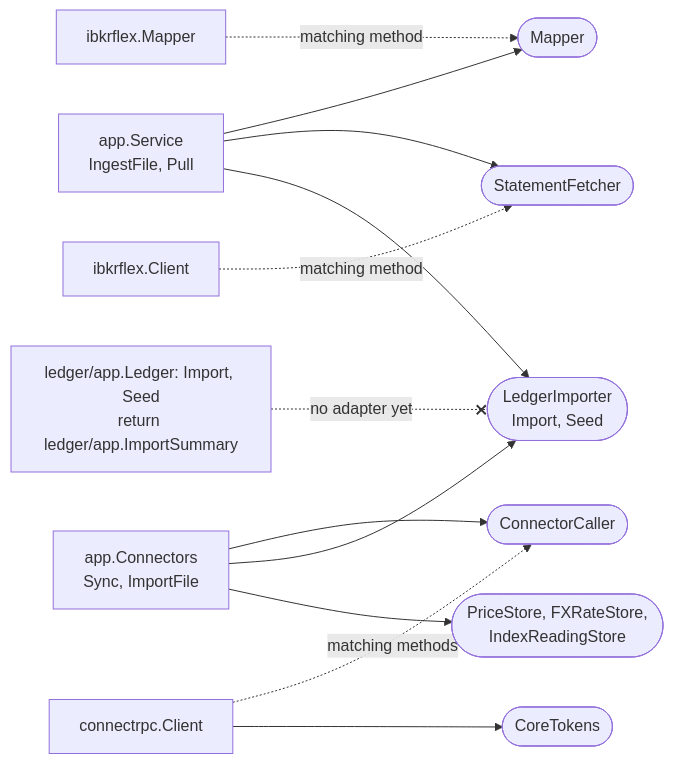
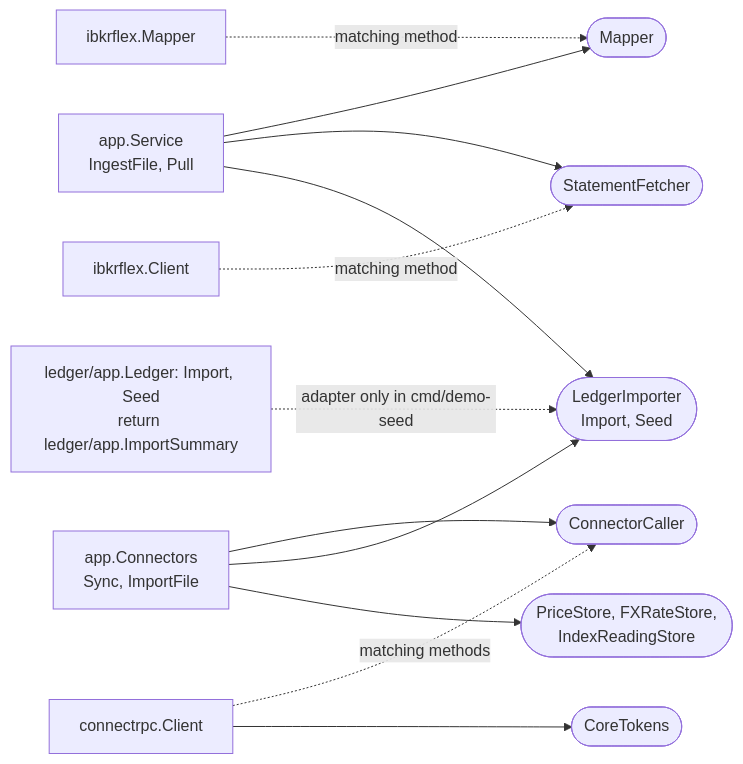
Before and after one commit to arkadiuss/openfief: the second of 5 diagrams in docs/concepts/ingest.md, drawn with Mermaid. The commit also changed other lines of this file and 3 other files, not shown here.

First line of the commit message:
docs: architecture, ledger, ingest and valuation pages for main's latest

````diff
--- a/docs/concepts/ingest.md
+++ b/docs/concepts/ingest.md
@@ -116,26 +116,26 @@
 ```mermaid
 flowchart LR
   svc["app.Service<br/>IngestFile, Pull"]
   con["app.Connectors<br/>Sync, ImportFile"]
   mp(["Mapper"])
   sf(["StatementFetcher"])
   cc(["ConnectorCaller"])
   ct(["CoreTokens"])
   li(["LedgerImporter<br/>Import, Seed"])
   vs(["PriceStore, FXRateStore,<br/>IndexReadingStore"])
   fm["ibkrflex.Mapper"]
   fc["ibkrflex.Client"]
   rc["connectrpc.Client"]
   led["ledger/app.Ledger: Import, Seed<br/>return ledger/app.ImportSummary"]
   svc --> mp
   svc --> sf
   svc --> li
   con --> cc
   con --> li
   con --> vs
   fm -. "matching method" .-> mp
   fc -. "matching method" .-> sf
   rc -. "matching methods" .-> cc
   rc --> ct
-  led -. "no adapter yet" .-x li
+  led -. "adapter only in cmd/demo-seed" .-> li
 ```
````
